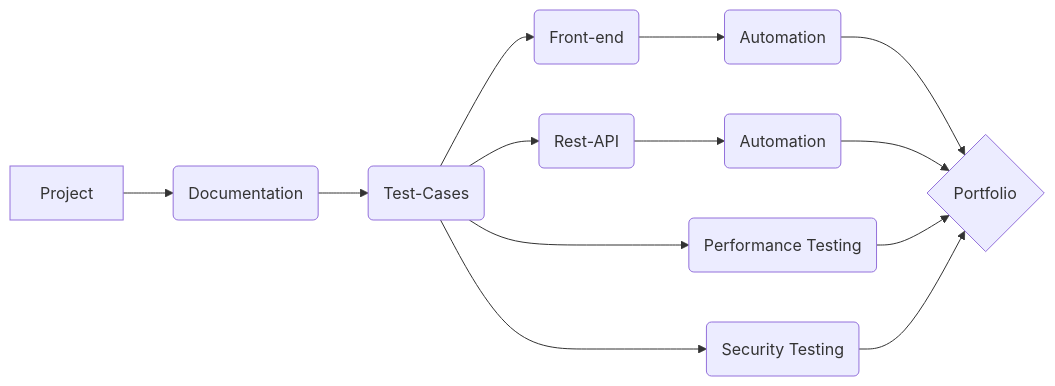
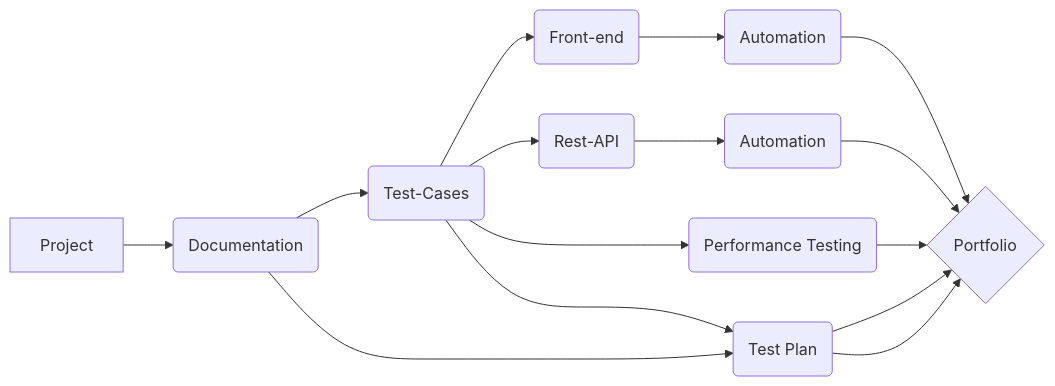
The diagram in README.md (N-Uladzislau/Portfolio_Project), drawn with Mermaid before and after one commit.

````diff
--- a/README.md
+++ b/README.md
@@ -2,9 +2,9 @@
 ```mermaid
 graph LR
 A[Project] --> B(Documentation) --> C(Test-Cases)
 C --> Q(Front-end) --> W(Automation) --> F{Portfolio}
 C --> D(Rest-API) --> E(Automation) --> F{Portfolio}
 C --> R(Performance Testing) --> F{Portfolio}
 C --> Y(Security Testing) --> F{Portfolio}
-
+B --> Y(Test Plan) --> F{Portfolio}
 ```
````
